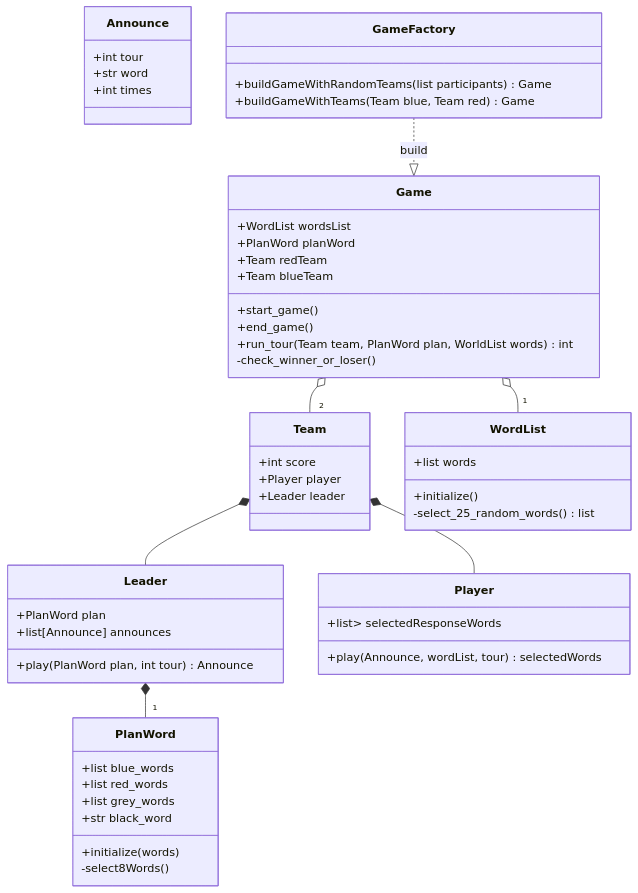
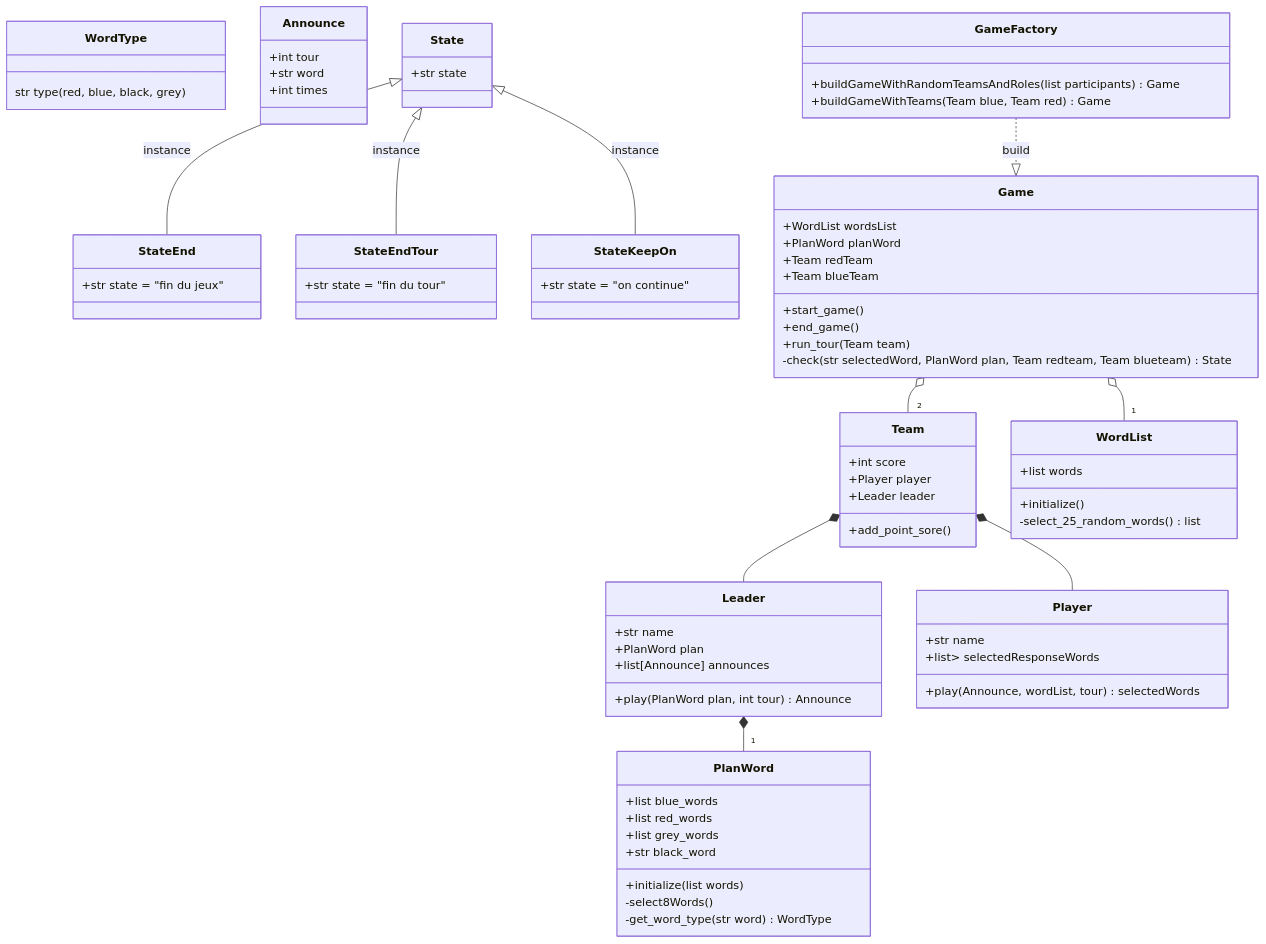
Before and after one commit to lo792/TM-code: the diagram in design.md, drawn with Mermaid. The commit also changed other lines of this file and 1 other file, not shown here.

Commit message:
Diagramme de classes amélioré

````diff
--- a/design.md
+++ b/design.md
@@ -5,55 +5,77 @@
 ```mermaid
 classDiagram
+  class WordType {
+    str type (red, blue, black, grey)
+  }
   class PlanWord {
     +list<str> blue_words
     +list<str> red_words
     +list<str> grey_words
     +str black_word
-    +initialize(words)
+    +initialize(list<str> words)
     -select8Words()
+    -get_word_type(str word) WordType
   }
   class Announce {
     +int tour
     +str word
     +int times
   }
   class Leader {
+    +str name
     +PlanWord plan
     +list[Announce] announces
     +play(PlanWord plan, int tour) Announce
   }
   Leader *-- "1" PlanWord
   class Player {
+    +str name
     +list<list<str>> selectedResponseWords
     +play(Announce, wordList, tour) selectedWords
   }
   class Team {
     +int score
     +Player player
     +Leader leader
+    +add_point_sore()
   }
   Team *-- Leader
   Team *-- Player
   class WordList {
     +list<str> words
     +initialize()
     -select_25_random_words() list<str>
   }
+  class State {
+    +str state
+  }
+  class StateEnd {
+    +str state = "fin du jeux"
+  }
+  class StateEndTour {
+    +str state = "fin du tour"
+  }
+  class StateKeepOn {
+    +str state = "on continue"
+  }
+  State <|-- StateEnd : instance
+  State <|-- StateEndTour : instance
+  State <|-- StateKeepOn : instance
   class Game {
     +WordList wordsList
     +PlanWord planWord
     +Team redTeam
     +Team blueTeam
     +start_game()
     +end_game()
-    +run_tour(Team team, PlanWord plan, WorldList words) int
-    -check_winner_or_loser()
+    +run_tour(Team team)
+    -check(str selectedWord, PlanWord plan, Team redteam, Team blueteam) State
   }
   Game o-- "2" Team
   Game o-- "1" WordList
   class GameFactory {
-    +buildGameWithRandomTeams(list<str> participants) Game
+    +buildGameWithRandomTeamsAndRoles(list<str> participants) Game
     +buildGameWithTeams(Team blue, Team red) Game
   }
   GameFactory ..|> Game : build
 ```
````
